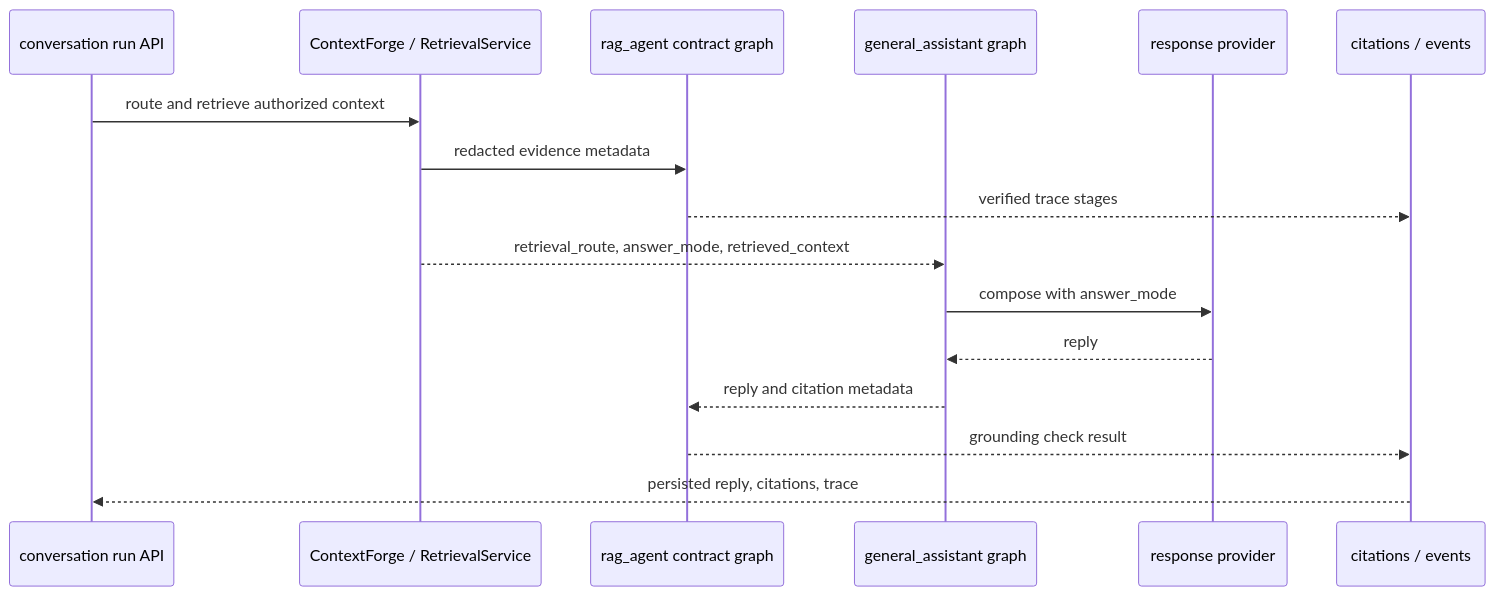
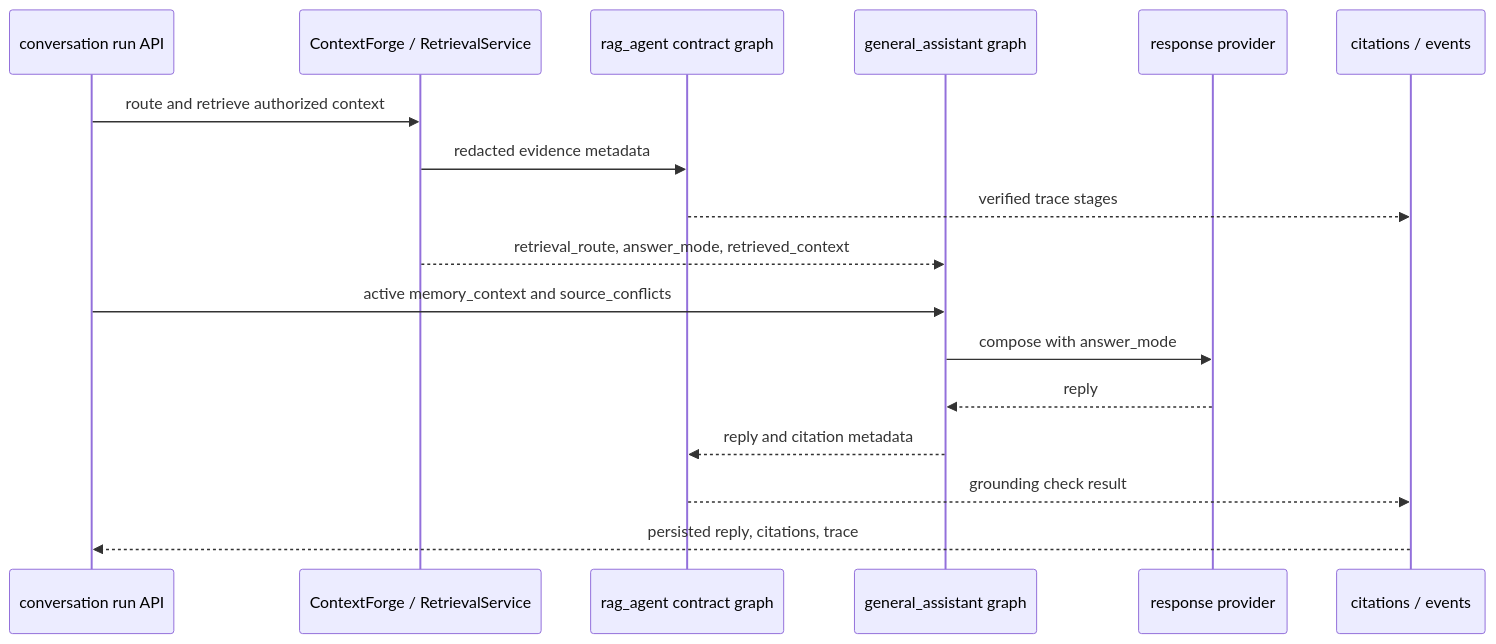
The second of 2 diagrams in my_agents/agents/general_assistant/README.en.md (heecheon92/my-agents), drawn with Mermaid before and after one commit. The commit also changed other lines of this file and 31 other files, not shown here.

````diff
--- a/my_agents/agents/general_assistant/README.en.md
+++ b/my_agents/agents/general_assistant/README.en.md
@@ -59,19 +60,20 @@
 ```mermaid
 sequenceDiagram
     participant RunAPI as conversation run API
     participant Retrieval as ContextForge / RetrievalService
     participant RAG as rag_agent contract graph
     participant Graph as general_assistant graph
     participant Provider as response provider
     participant Events as citations / events
 
     RunAPI->>Retrieval: route and retrieve authorized context
     Retrieval->>RAG: redacted evidence metadata
     RAG-->>Events: verified trace stages
     Retrieval-->>Graph: retrieval_route, answer_mode, retrieved_context
+    RunAPI->>Graph: active memory_context and source_conflicts
     Graph->>Provider: compose with answer_mode
     Provider-->>Graph: reply
     Graph-->>RAG: reply and citation metadata
     RAG-->>Events: grounding check result
     Events-->>RunAPI: persisted reply, citations, trace
 ```
````
